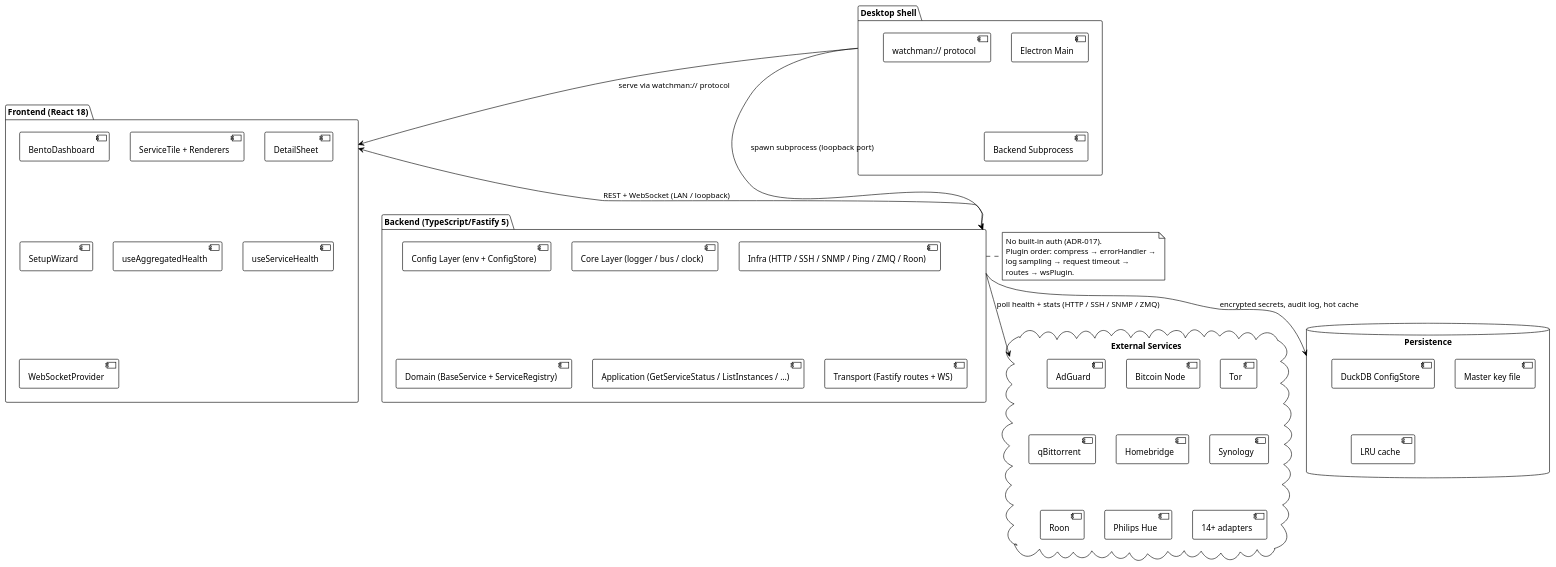
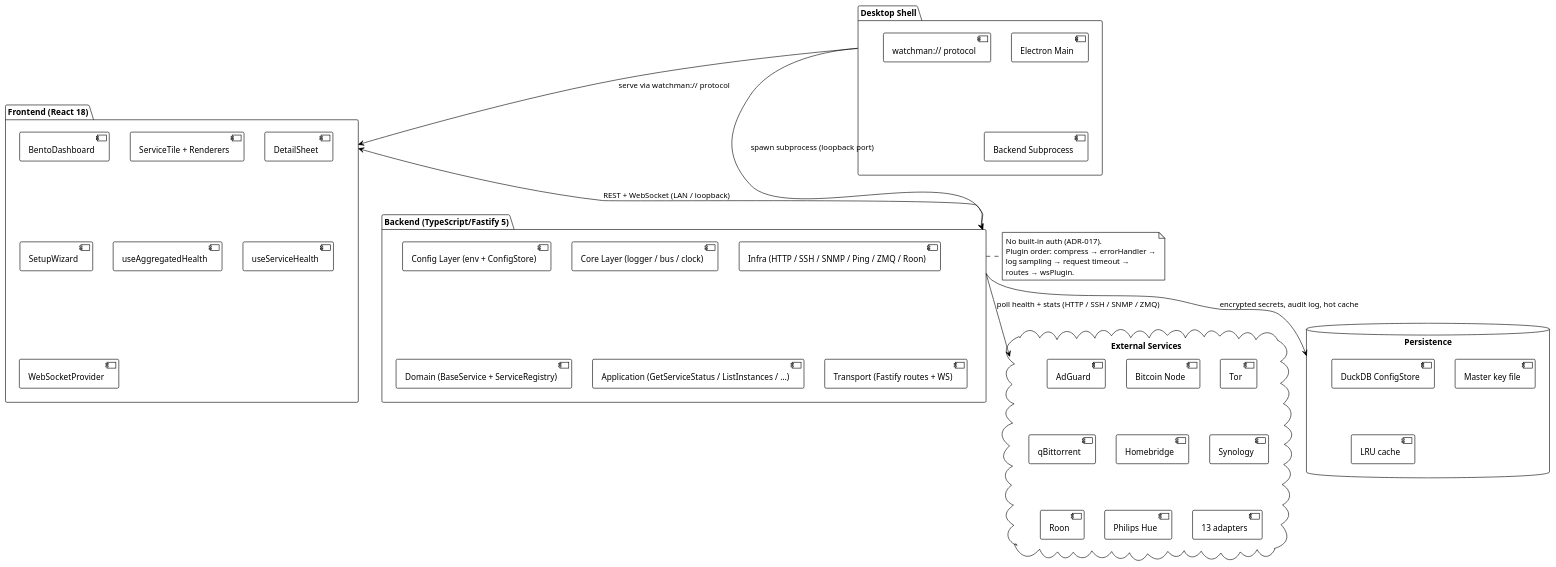
One commit to EraPartner/Watchman changed the second of 5 diagrams in docs/INDEX.md. Above: the diagram before and after it, drawn with PlantUML. The commit also changed other lines of this file and 33 other files, not shown here.

````diff
--- a/docs/INDEX.md
+++ b/docs/INDEX.md
@@ -238,61 +238,61 @@
 ```plantuml
 @startuml
 !theme plain
 
 package "Desktop Shell" as DT {
     [Electron Main]
     [watchman:// protocol]
     [Backend Subprocess]
 }
 
 package "Frontend (React 18)" as FE {
     [BentoDashboard]
     [ServiceTile + Renderers]
     [DetailSheet]
     [SetupWizard]
     [useAggregatedHealth]
     [useServiceHealth]
     [WebSocketProvider]
 }
 
 package "Backend (TypeScript/Fastify 5)" as BE {
     [Config Layer (env + ConfigStore)]
     [Core Layer (logger / bus / clock)]
     [Infra (HTTP / SSH / SNMP / Ping / ZMQ / Roon)]
     [Domain (BaseService + ServiceRegistry)]
     [Application (GetServiceStatus / ListInstances / …)]
     [Transport (Fastify routes + WS)]
 }
 
 database "Persistence" as DATA {
     [DuckDB ConfigStore]
     [Master key file]
     [LRU cache]
 }
 
 cloud "External Services" as Ext {
     [AdGuard]
     [Bitcoin Node]
     [Tor]
     [qBittorrent]
     [Homebridge]
     [Synology]
     [Roon]
     [Philips Hue]
-    [14+ adapters]
+    [13 adapters]
 }
 
 DT --> BE : spawn subprocess (loopback port)
 DT --> FE : serve via watchman:// protocol
 FE <--> BE : REST + WebSocket (LAN / loopback)
 BE --> DATA : encrypted secrets, audit log, hot cache
 BE --> Ext : poll health + stats (HTTP / SSH / SNMP / ZMQ)
 
 note right of BE
   No built-in auth (ADR-017).
   Plugin order: compress → errorHandler →
   log sampling → request timeout →
   routes → wsPlugin.
 end note
 @enduml
 ```
````
